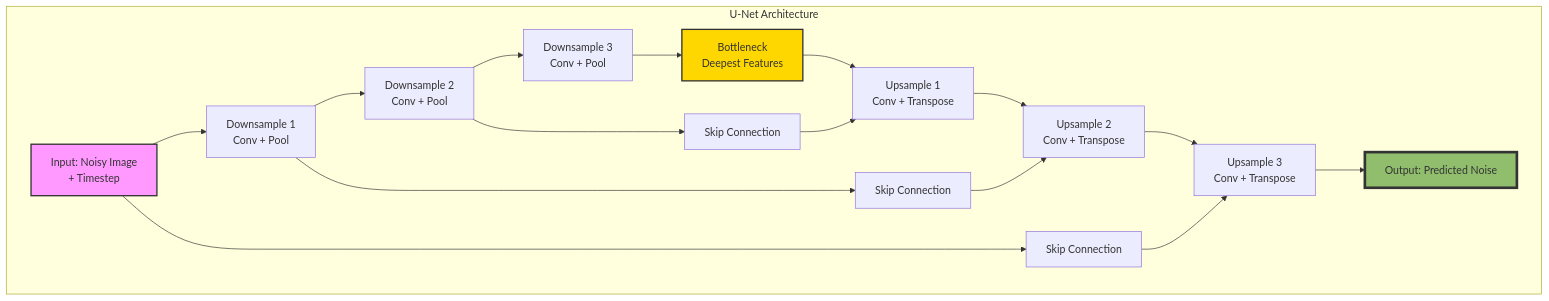
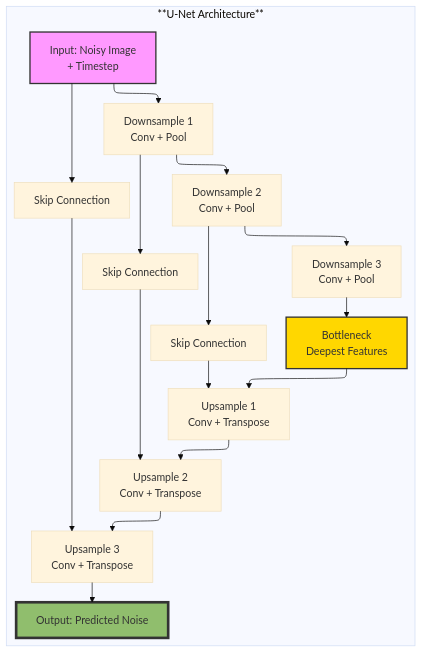
Before and after one commit to Vineet-Sharma-Medium-Stories/Medium-Build-Tool: the second of 4 diagrams in The 2026 AI Metromap/The 2026 AI Metromap: Diffusion Models – The Scenic Route to Generative AI.md, drawn with Mermaid. The commit also changed other lines of this file and 37 other files, not shown here.

````diff
--- a/The 2026 AI Metromap/The 2026 AI Metromap: Diffusion Models – The Scenic Route to Generative AI.md
+++ b/The 2026 AI Metromap/The 2026 AI Metromap: Diffusion Models – The Scenic Route to Generative AI.md
@@ -207,25 +212,30 @@
 ```mermaid
+---
+config:
+  theme: base
+  layout: elk
+---
 graph TD
-    subgraph "U-Net Architecture"
+    subgraph "**U-Net Architecture**"
         I[Input: Noisy Image<br/>+ Timestep] --> D1[Downsample 1<br/>Conv + Pool]
         D1 --> D2[Downsample 2<br/>Conv + Pool]
         D2 --> D3[Downsample 3<br/>Conv + Pool]
         D3 --> B[Bottleneck<br/>Deepest Features]
         
         B --> U1[Upsample 1<br/>Conv + Transpose]
         D2 --> S1[Skip Connection]
         S1 --> U1
         U1 --> U2[Upsample 2<br/>Conv + Transpose]
         D1 --> S2[Skip Connection]
         S2 --> U2
         U2 --> U3[Upsample 3<br/>Conv + Transpose]
         I --> S3[Skip Connection]
         S3 --> U3
         
         U3 --> O[Output: Predicted Noise]
     end
     
     style I fill:#f9f,stroke:#333,stroke-width:2px
     style B fill:#ffd700,stroke:#333,stroke-width:2px
     style O fill:#90be6d,stroke:#333,stroke-width:4px
 ```
````
